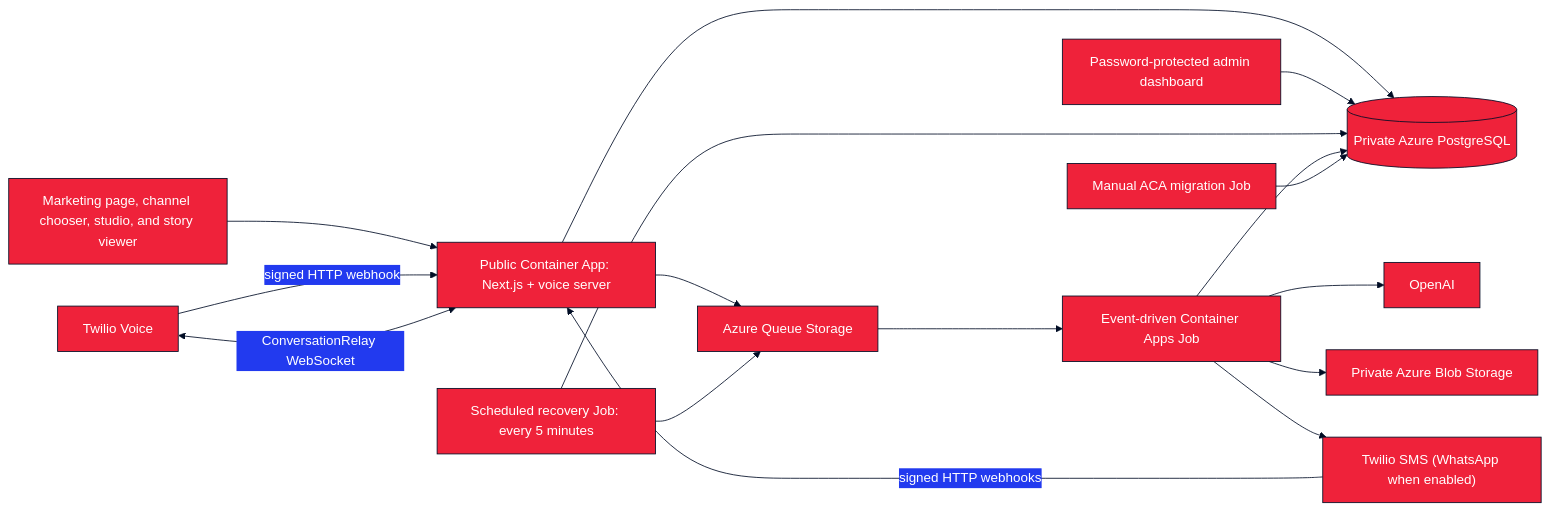
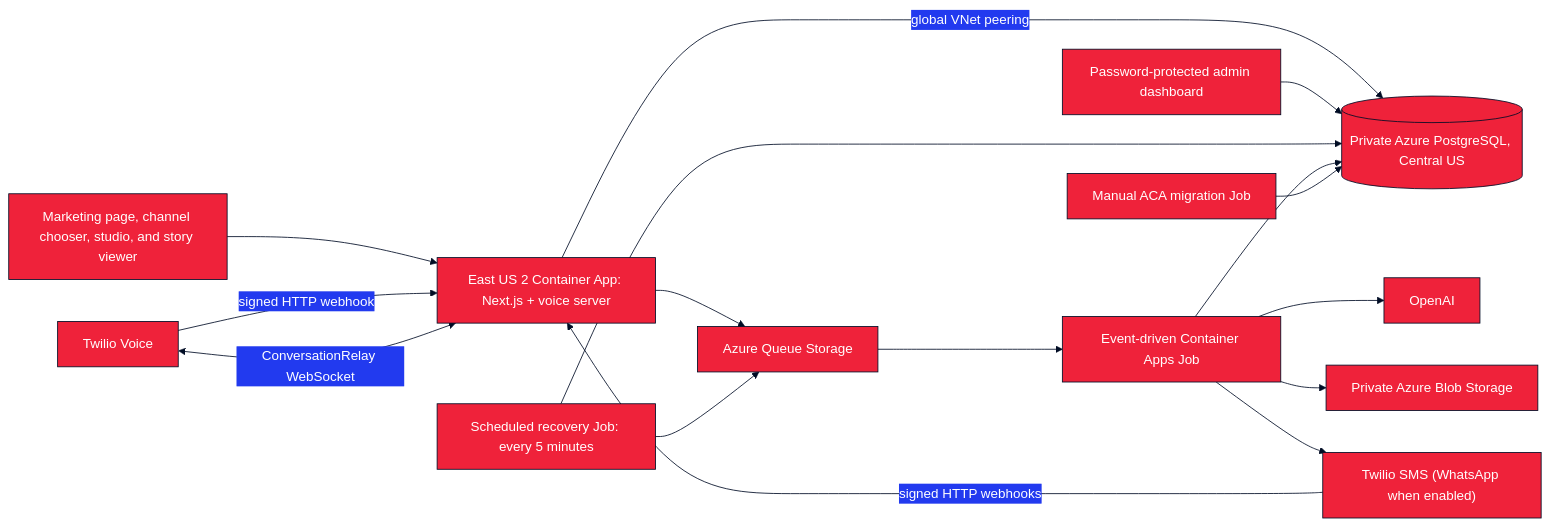
One commit to anthonyplusAI/twilio-comics changed the diagram in README.md. Above: the diagram before and after it, drawn with Mermaid. The commit also changed other lines of this file and 74 other files, not shown here.

First line of the commit message:
Prepare SMS and Voice launch with durable Azure runtime safeguards

````diff
--- a/README.md
+++ b/README.md
@@ -11,22 +11,22 @@
 ```mermaid
 %%{init: {'theme':'base','themeVariables':{
   'primaryColor':'#EF223A','primaryTextColor':'#FFFFFF',
   'primaryBorderColor':'#000D25','lineColor':'#000D25',
   'fontFamily':'Inter, system-ui, sans-serif'}}}%%
 flowchart LR
-  Web[Marketing page, channel chooser, studio, and story viewer] --> App[Public Container App: Next.js + voice server]
+  Web[Marketing page, channel chooser, studio, and story viewer] --> App[East US 2 Container App: Next.js + voice server]
   Text["Twilio SMS (WhatsApp when enabled)"] -->|signed HTTP webhooks| App
   Voice[Twilio Voice] -->|signed HTTP webhook| App
   Voice <-->|ConversationRelay WebSocket| App
-  App --> DB[(Private Azure PostgreSQL)]
+  App -->|global VNet peering| DB[(Private Azure PostgreSQL, Central US)]
   Admin[Password-protected admin dashboard] --> DB
   App --> Queue[Azure Queue Storage]
   Queue --> Job[Event-driven Container Apps Job]
   Recovery[Scheduled recovery Job: every 5 minutes] --> DB
   Recovery --> Queue
   Job --> OpenAI[OpenAI]
   Job --> Blob[Private Azure Blob Storage]
   Job --> DB
   Migration[Manual ACA migration Job] --> DB
   Job --> Text
 ```
````
